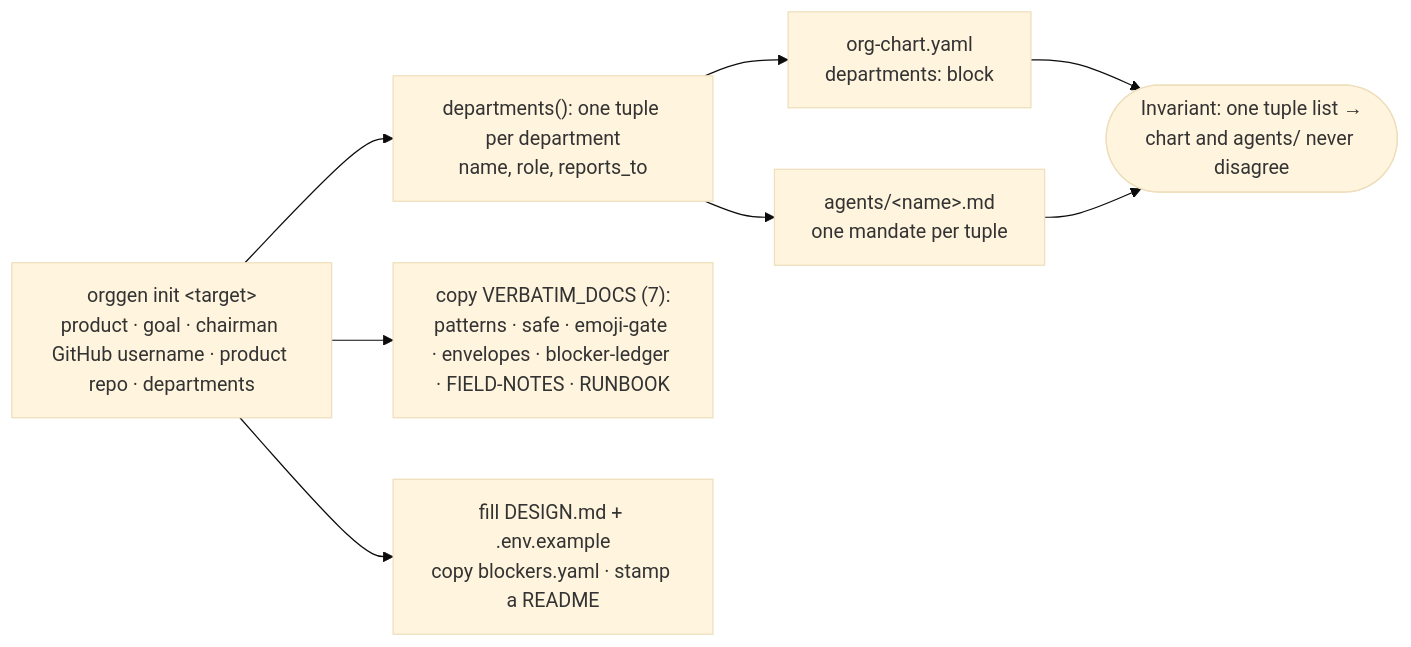
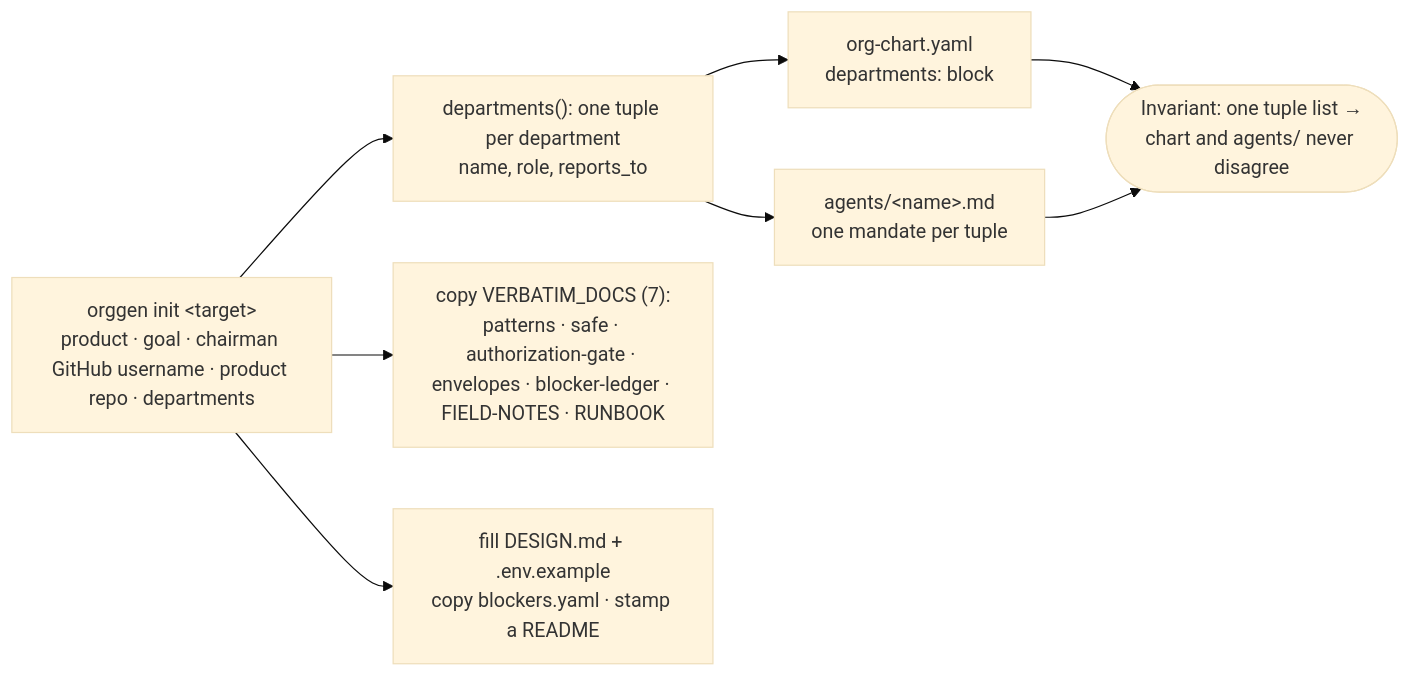
The ninth of 10 diagrams in docs/ARCHITECTURE.md (johnplantada/scrum-jail-governance-playbook), drawn with Mermaid (base theme) before and after one commit. The commit also changed other lines of this file and 16 other files, not shown here.

````diff
--- a/docs/ARCHITECTURE.md
+++ b/docs/ARCHITECTURE.md
@@ -322,10 +321,10 @@
 ```mermaid
 flowchart LR
     Args["orggen init &lt;target&gt;<br/>product · goal · chairman GitHub username · product repo · departments"] --> Tup["departments(): one tuple per department<br/>name, role, reports_to"]
     Tup --> Chart["org-chart.yaml<br/>departments: block"]
     Tup --> Agents["agents/&lt;name&gt;.md<br/>one mandate per tuple"]
-    Args --> Docs["copy VERBATIM_DOCS (7):<br/>patterns · safe · emoji-gate · envelopes · blocker-ledger · FIELD-NOTES · RUNBOOK"]
+    Args --> Docs["copy VERBATIM_DOCS (7):<br/>patterns · safe · authorization-gate · envelopes · blocker-ledger · FIELD-NOTES · RUNBOOK"]
     Args --> Fill["fill DESIGN.md + .env.example<br/>copy blockers.yaml · stamp a README"]
     Chart --> Inv(["Invariant: one tuple list →<br/>chart and agents/ never disagree"])
     Agents --> Inv
 ```
````
